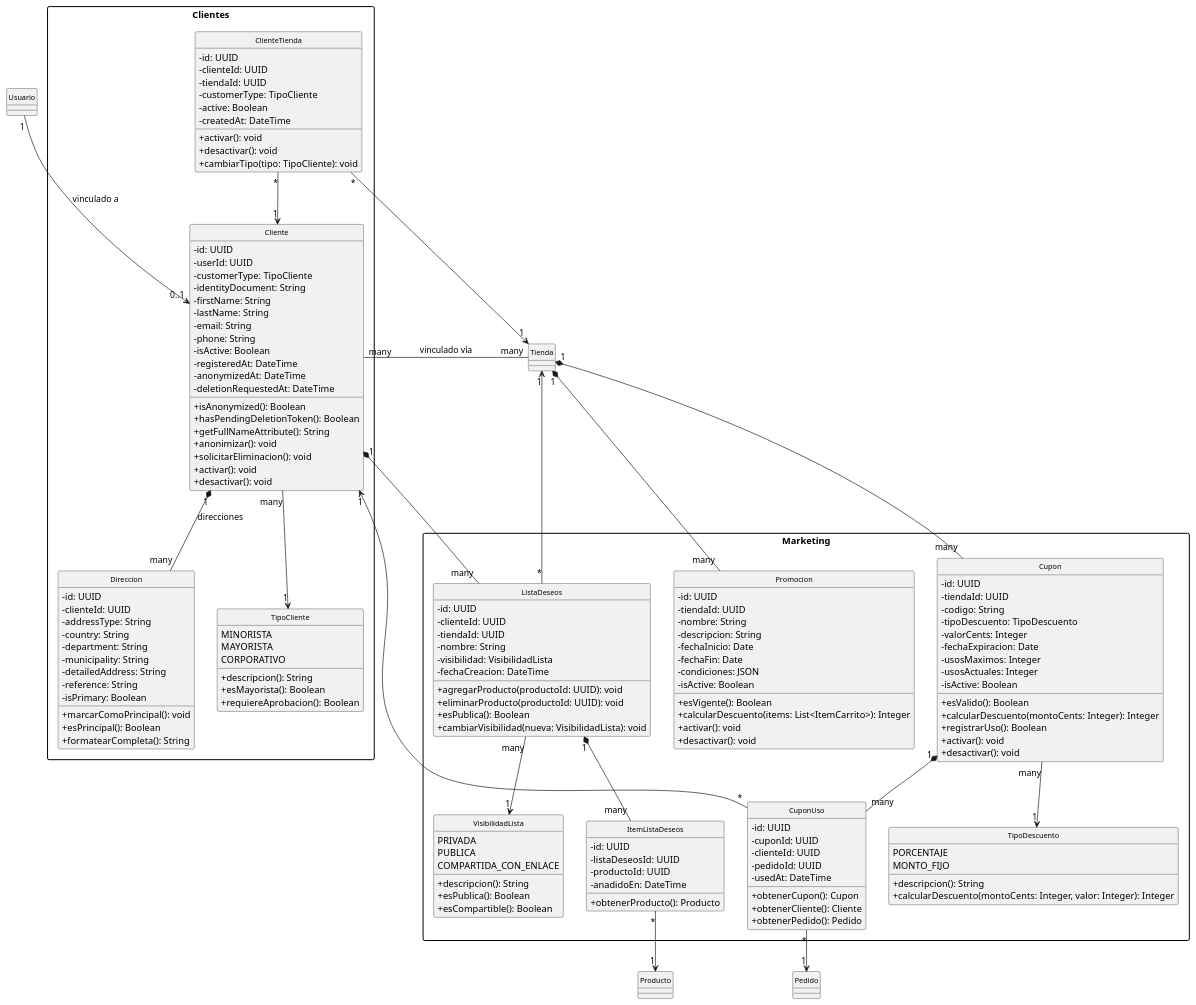
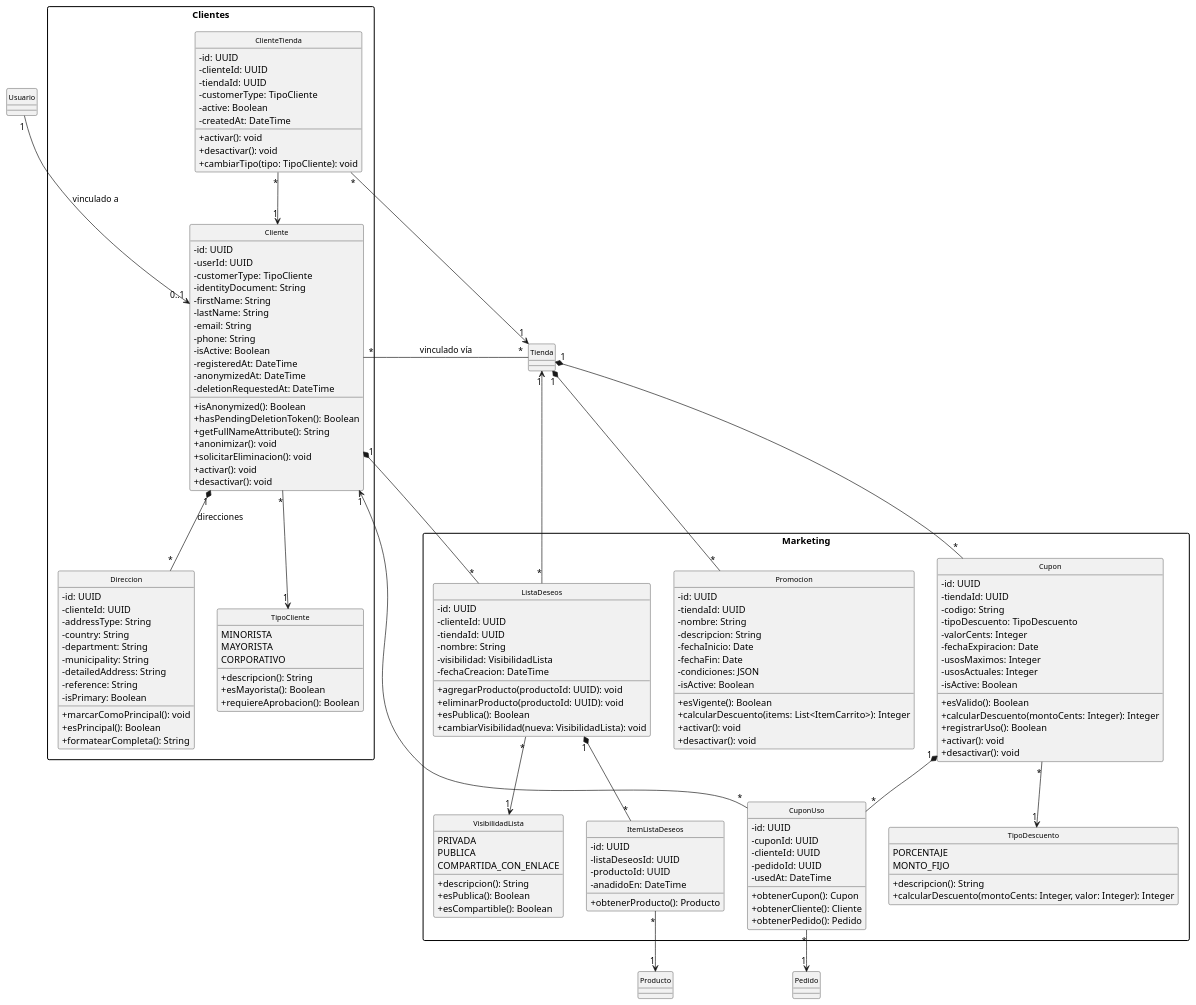
One commit to D4nitrix13/AtlasCommerce changed the diagram in docs/uml/8.2.3-clases-clientes-marketing.puml. Above: the diagram before and after it, drawn with PlantUML. The commit also changed 5 other files, not shown here.

First line of the commit message:
fix(uml): estandarizar multiplicidades a notacion UML

```diff
--- a/docs/uml/8.2.3-clases-clientes-marketing.puml
+++ b/docs/uml/8.2.3-clases-clientes-marketing.puml
@@ -1,181 +1,181 @@
 @startuml 8.2.3 - Diagrama de Clases (Clientes y Marketing)
 skinparam classAttributeIconSize 0
 skinparam classFontSize 11
 skinparam packageStyle rectangle
 hide circle
 
 ' ============================================================
 ' 8.2.3 — CLIENTES Y MARKETING
 ' Paquetes: Clientes + Marketing
 ' ============================================================
 
 package "Clientes" {
 
   class Cliente {
     - id: UUID
     - userId: UUID
     - customerType: TipoCliente
     - identityDocument: String
     - firstName: String
     - lastName: String
     - email: String
     - phone: String
     - isActive: Boolean
     - registeredAt: DateTime
     - anonymizedAt: DateTime
     - deletionRequestedAt: DateTime
     + isAnonymized(): Boolean
     + hasPendingDeletionToken(): Boolean
     + getFullNameAttribute(): String
     + anonimizar(): void
     + solicitarEliminacion(): void
     + activar(): void
     + desactivar(): void
   }
 
   enum TipoCliente {
     MINORISTA
     MAYORISTA
     CORPORATIVO
     + descripcion(): String
     + esMayorista(): Boolean
     + requiereAprobacion(): Boolean
   }
 
   class Direccion {
     - id: UUID
     - clienteId: UUID
     - addressType: String
     - country: String
     - department: String
     - municipality: String
     - detailedAddress: String
     - reference: String
     - isPrimary: Boolean
     + marcarComoPrincipal(): void
     + esPrincipal(): Boolean
     + formatearCompleta(): String
   }
 
   class ClienteTienda {
     - id: UUID
     - clienteId: UUID
     - tiendaId: UUID
     - customerType: TipoCliente
     - active: Boolean
     - createdAt: DateTime
     + activar(): void
     + desactivar(): void
     + cambiarTipo(tipo: TipoCliente): void
   }
 }
 
 package "Marketing" {
 
   class ListaDeseos {
     - id: UUID
     - clienteId: UUID
     - tiendaId: UUID
     - nombre: String
     - visibilidad: VisibilidadLista
     - fechaCreacion: DateTime
     + agregarProducto(productoId: UUID): void
     + eliminarProducto(productoId: UUID): void
     + esPublica(): Boolean
     + cambiarVisibilidad(nueva: VisibilidadLista): void
   }
 
   enum VisibilidadLista {
     PRIVADA
     PUBLICA
     COMPARTIDA_CON_ENLACE
     + descripcion(): String
     + esPublica(): Boolean
     + esCompartible(): Boolean
   }
 
   class ItemListaDeseos {
     - id: UUID
     - listaDeseosId: UUID
     - productoId: UUID
     - anadidoEn: DateTime
     + obtenerProducto(): Producto
   }
 
   class Cupon {
     - id: UUID
     - tiendaId: UUID
     - codigo: String
     - tipoDescuento: TipoDescuento
     - valorCents: Integer
     - fechaExpiracion: Date
     - usosMaximos: Integer
     - usosActuales: Integer
     - isActive: Boolean
     + esValido(): Boolean
     + calcularDescuento(montoCents: Integer): Integer
     + registrarUso(): Boolean
     + activar(): void
     + desactivar(): void
   }
 
   enum TipoDescuento {
     PORCENTAJE
     MONTO_FIJO
     + descripcion(): String
     + calcularDescuento(montoCents: Integer, valor: Integer): Integer
   }
 
   class Promocion {
     - id: UUID
     - tiendaId: UUID
     - nombre: String
     - descripcion: String
     - fechaInicio: Date
     - fechaFin: Date
     - condiciones: JSON
     - isActive: Boolean
     + esVigente(): Boolean
     + calcularDescuento(items: List<ItemCarrito>): Integer
     + activar(): void
     + desactivar(): void
   }
 
   class CuponUso {
     - id: UUID
     - cuponId: UUID
     - clienteId: UUID
     - pedidoId: UUID
     - usedAt: DateTime
     + obtenerCupon(): Cupon
     + obtenerCliente(): Cliente
     + obtenerPedido(): Pedido
   }
 }
 
 ' ============================================================
 ' RELACIONES — CLIENTES
 ' ============================================================
 Usuario "1" --> "0..1" Cliente : "vinculado a"
-Cliente "1" *-- "many" Direccion : "direcciones"
-Cliente "many" -- "many" Tienda : "vinculado vía"
+Cliente "1" *-- "*" Direccion : "direcciones"
+Cliente "*" -- "*" Tienda : "vinculado vía"
 ClienteTienda "*" --> "1" Cliente
 ClienteTienda "*" --> "1" Tienda
-Cliente "many" --> "1" TipoCliente
+Cliente "*" --> "1" TipoCliente
 
 ' ============================================================
 ' RELACIONES — MARKETING
 ' ============================================================
-Cliente "1" *-- "many" ListaDeseos
+Cliente "1" *-- "*" ListaDeseos
 ListaDeseos "*" --> "1" Tienda
-ListaDeseos "many" --> "1" VisibilidadLista
-ListaDeseos "1" *-- "many" ItemListaDeseos
+ListaDeseos "*" --> "1" VisibilidadLista
+ListaDeseos "1" *-- "*" ItemListaDeseos
 ItemListaDeseos "*" --> "1" Producto
-Tienda "1" *-- "many" Cupon
-Cupon "many" --> "1" TipoDescuento
-Tienda "1" *-- "many" Promocion
-Cupon "1" *-- "many" CuponUso
+Tienda "1" *-- "*" Cupon
+Cupon "*" --> "1" TipoDescuento
+Tienda "1" *-- "*" Promocion
+Cupon "1" *-- "*" CuponUso
 CuponUso "*" --> "1" Cliente
 CuponUso "*" --> "1" Pedido
 
 @enduml
```
